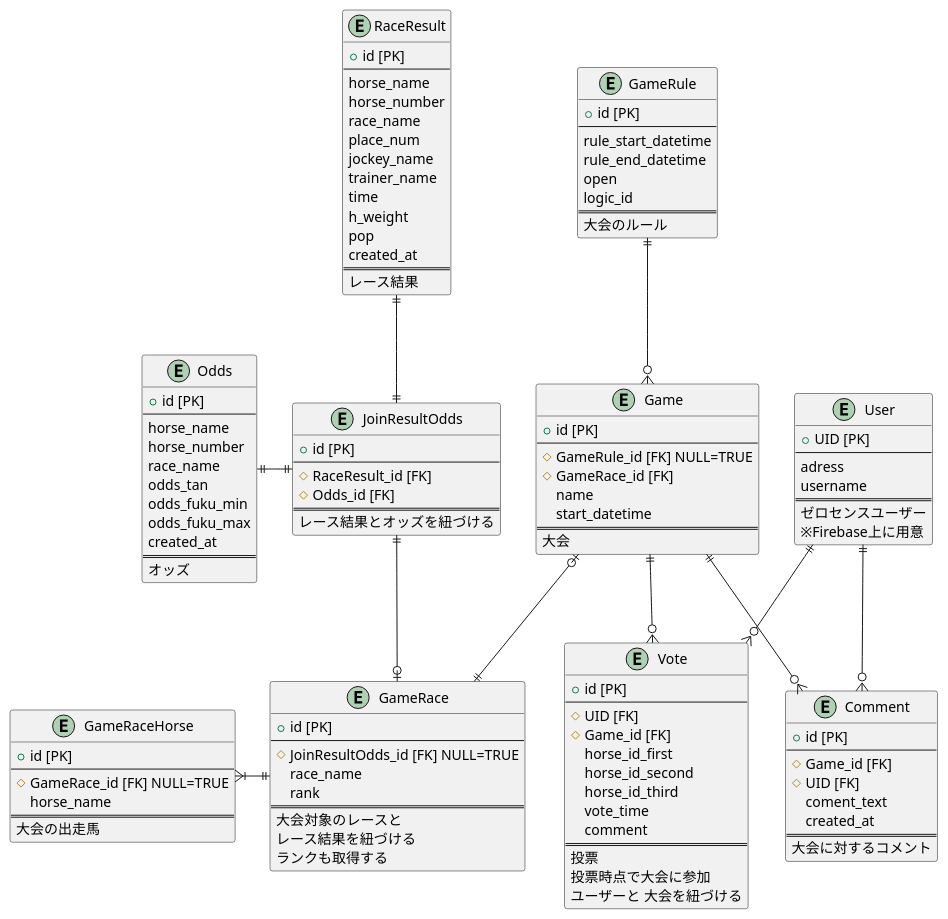
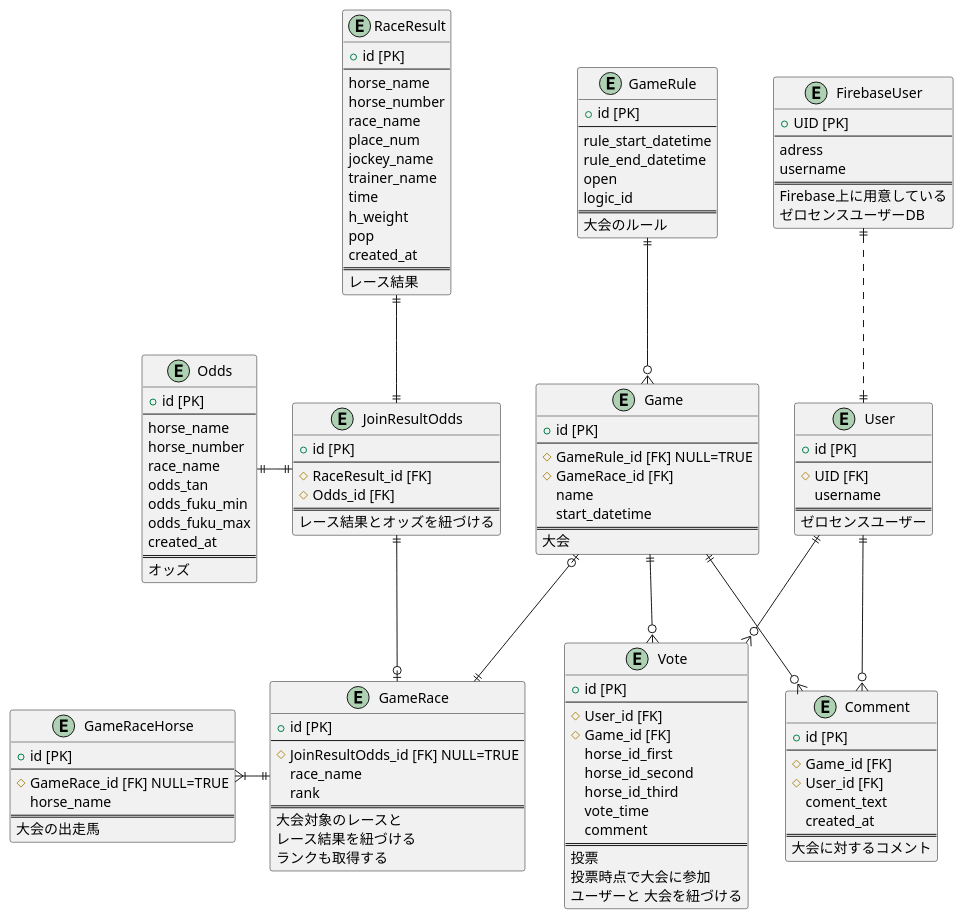
The diagram in UML/ER.pu (Kengo106/zerosense), drawn with PlantUML before and after one commit. The commit also changed 1 other file, not shown here.

```diff
--- a/UML/ER.pu
+++ b/UML/ER.pu
@@ -1,134 +1,144 @@
 @startuml ER図
 
 entity "RaceResult" as RaceResult {
   + id [PK]
   --
   horse_name
   horse_number
   race_name
   place_num
   jockey_name
   trainer_name
   time
   h_weight
   pop
   created_at
   ==
   レース結果
 }
 
 entity "Odds" as Odds {
   + id [PK]
   --
   horse_name
   horse_number
   race_name
   odds_tan
   odds_fuku_min
   odds_fuku_max
   created_at
   ==
   オッズ
 }
 
 entity "JoinResultOdds" as JoinResultOdds {
   + id [PK]
   --
   # RaceResult_id [FK]
   # Odds_id [FK]
   ==
   レース結果とオッズを紐づける
 }
 
 entity User {
+  + id [PK]
+  --
+  # UID [FK]
+  username
+  ==
+  ゼロセンスユーザー
+}
+
+entity FirebaseUser {
   + UID [PK]
   --
   adress 
   username
   ==
-  ゼロセンスユーザー
-  ※Firebase上に用意
+  Firebase上に用意している
+  ゼロセンスユーザーDB
 }
 
 entity Game {
   + id [PK]
   --
   # GameRule_id [FK] NULL=TRUE
   # GameRace_id [FK]
   name
   start_datetime
   ==
   大会
 }
 
 entity GameRule {
   + id [PK]
   --
   rule_start_datetime
   rule_end_datetime
   open
   logic_id
   ==
   大会のルール
 }
 
 entity Vote {
   + id [PK]
   --
-  # UID [FK]
+  # User_id [FK]
   # Game_id [FK]
   horse_id_first
   horse_id_second
   horse_id_third
   vote_time
   comment
   ==
   投票
   投票時点で大会に参加
   ユーザーと 大会を紐づける
 }
 
 entity GameRace{
   + id [PK]
   --
   # JoinResultOdds_id [FK] NULL=TRUE
   race_name
   rank
   ==
   大会対象のレースと
   レース結果を紐づける
   ランクも取得する  
 }
 
 entity GameRaceHorse {
   + id [PK]
   --
   # GameRace_id [FK] NULL=TRUE
   horse_name
   ==
   大会の出走馬
 }
 
 entity Comment {
   + id [PK]
   --
   # Game_id [FK]
-  # UID [FK]
+  # User_id [FK]
   coment_text
   created_at
   ==
   大会に対するコメント
 }
 
 Game |o--|| GameRace
 User ||--o{ Vote
 Game ||--o{ Vote
 GameRace ||-left-|{ GameRaceHorse
 User ||--o{ Comment
 Game ||--o{ Comment
 GameRule ||--o{ Game
 RaceResult ||--|| JoinResultOdds
 Odds ||-|| JoinResultOdds
 JoinResultOdds ||--o|GameRace
+FirebaseUser ||..||User
 
 @enduml
```
